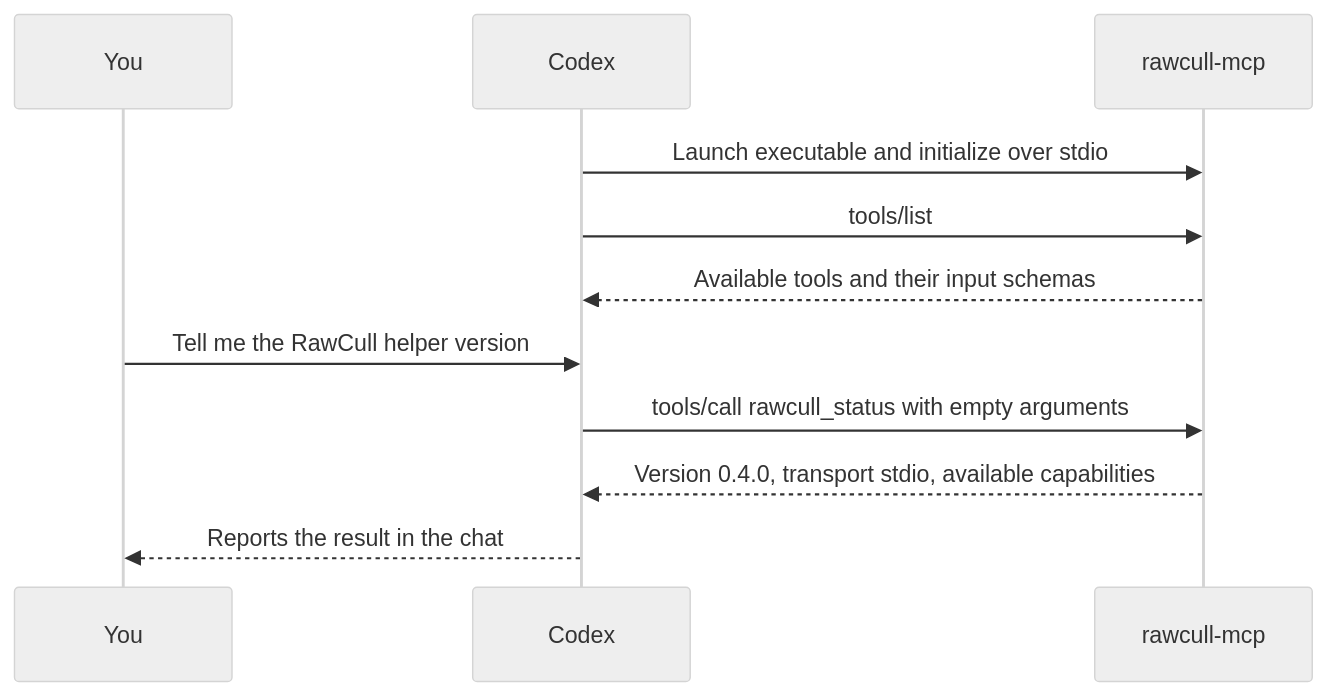
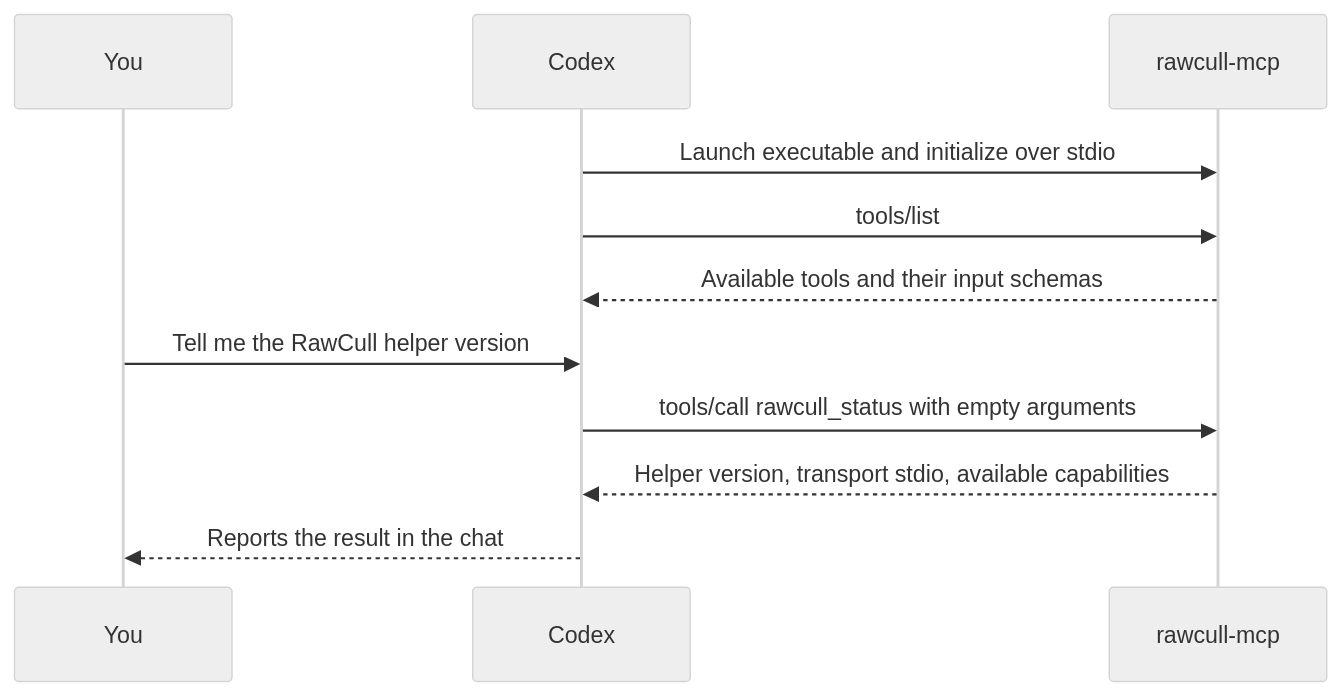
Before and after one commit to rsyncOSX/RawCull: the diagram in Docs/mcp.md, drawn with Mermaid (neutral theme). The commit also changed other lines of this file and 3 other files, not shown here.

````diff
--- a/Docs/mcp.md
+++ b/Docs/mcp.md
@@ -19,13 +19,13 @@
 ```mermaid
 sequenceDiagram
     participant You
     participant Codex
     participant Helper as rawcull-mcp
     Codex->>Helper: Launch executable and initialize over stdio
     Codex->>Helper: tools/list
     Helper-->>Codex: Available tools and their input schemas
     You->>Codex: Tell me the RawCull helper version
     Codex->>Helper: tools/call rawcull_status with empty arguments
-    Helper-->>Codex: Version 0.4.0, transport stdio, available capabilities
+    Helper-->>Codex: Helper version, transport stdio, available capabilities
     Codex-->>You: Reports the result in the chat
 ```
````
